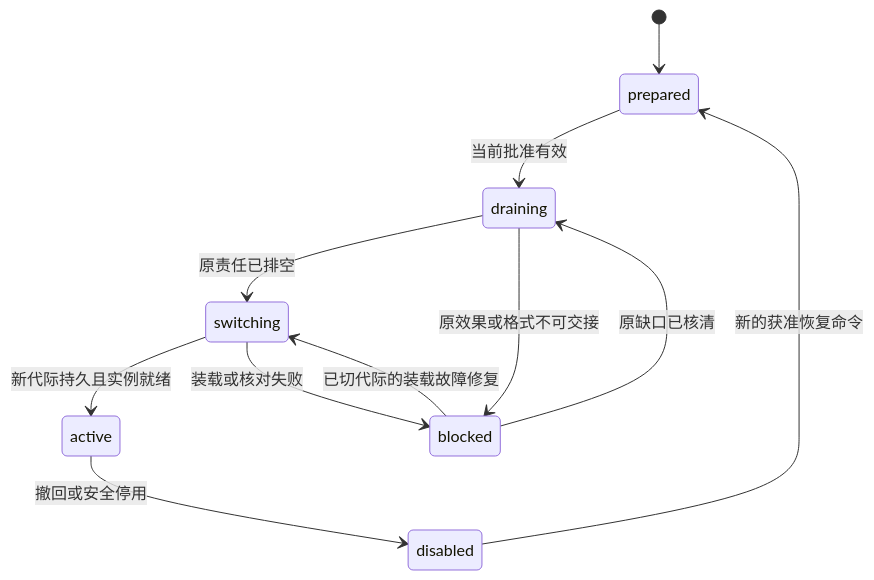
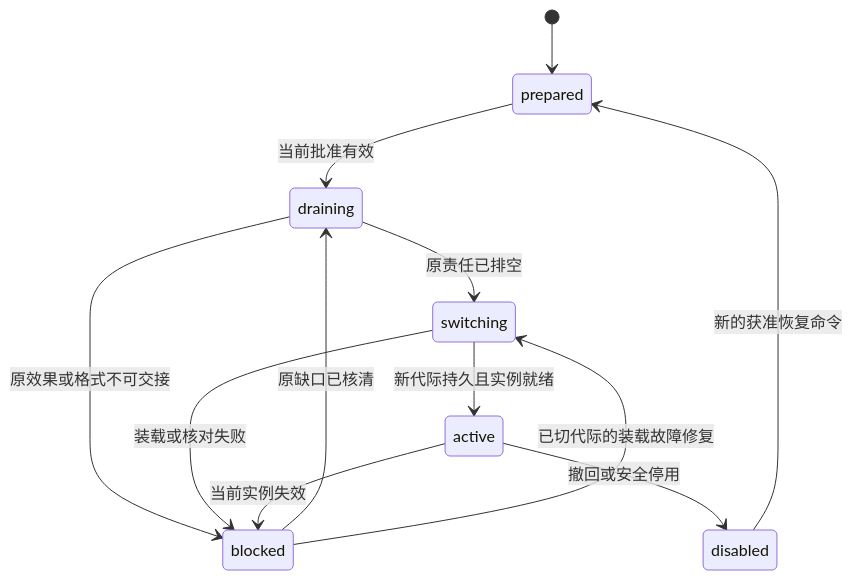
The second of 2 diagrams in docs/architecture/extensions/README.md (ruipengliu/lerna), drawn with Mermaid before and after one commit. The commit also changed other lines of this file and 62 other files, not shown here.

Commit message:
docs: complete architecture review follow-up

````diff
--- a/docs/architecture/extensions/README.md
+++ b/docs/architecture/extensions/README.md
@@ -84,13 +84,14 @@
 ```mermaid
 stateDiagram-v2
     [*] --> prepared
     prepared --> draining: 当前批准有效
     draining --> switching: 原责任已排空
     draining --> blocked: 原效果或格式不可交接
     switching --> active: 新代际持久且实例就绪
     switching --> blocked: 装载或核对失败
+    active --> blocked: 当前实例失效
     active --> disabled: 撤回或安全停用
     disabled --> prepared: 新的获准恢复命令
     blocked --> draining: 原缺口已核清
     blocked --> switching: 已切代际的装载故障修复
 ```
````
